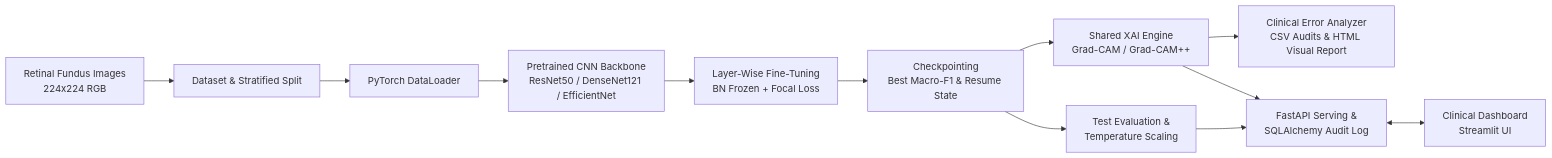
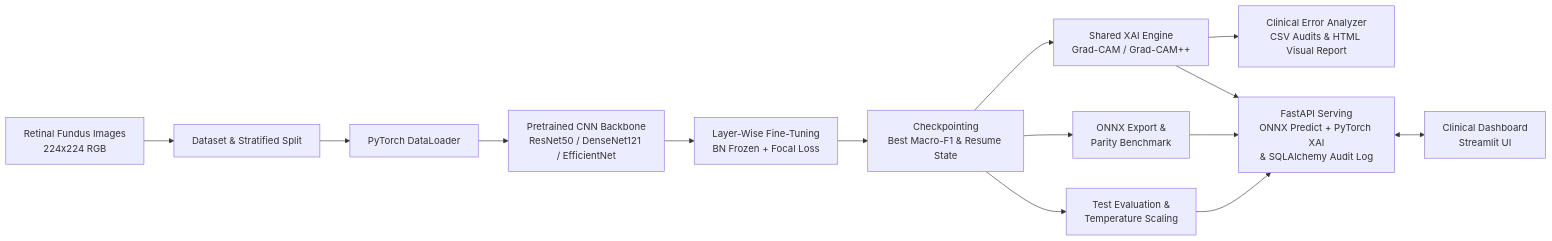
Before and after one commit to mjavadzare/medical-ai-platform: the diagram in README.md, drawn with Mermaid. The commit also changed other lines of this file and 9 other files, not shown here.

First line of the commit message:
feat: add ONNX Runtime CPU serving (3.95x speedup), parity tests, and Docker build CI

````diff
--- a/README.md
+++ b/README.md
@@ -28,14 +30,16 @@
 ```mermaid
 flowchart LR
     A[Retinal Fundus Images<br/>224x224 RGB] --> B[Dataset & Stratified Split]
     B --> C[PyTorch DataLoader]
     C --> D[Pretrained CNN Backbone<br/>ResNet50 / DenseNet121 / EfficientNet]
     D --> E[Layer-Wise Fine-Tuning<br/>BN Frozen + Focal Loss]
     E --> F[Checkpointing<br/>Best Macro-F1 & Resume State]
     F --> G[Test Evaluation &<br/>Temperature Scaling]
     F --> H[Shared XAI Engine<br/>Grad-CAM / Grad-CAM++]
+    F --> O[ONNX Export &<br/>Parity Benchmark]
     H --> I[Clinical Error Analyzer<br/>CSV Audits & HTML Visual Report]
-    G --> J[FastAPI Serving &<br/>SQLAlchemy Audit Log]
+    G --> J[FastAPI Serving<br/>ONNX Predict + PyTorch XAI<br/>& SQLAlchemy Audit Log]
+    O --> J
     H --> J
     J <--> K[Clinical Dashboard<br/>Streamlit UI]
 ```
````
